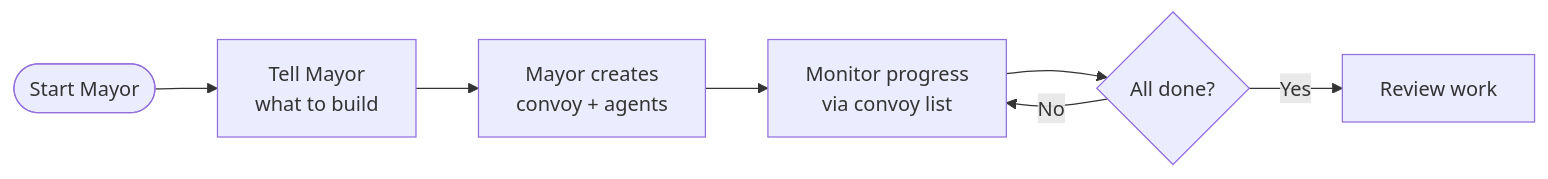
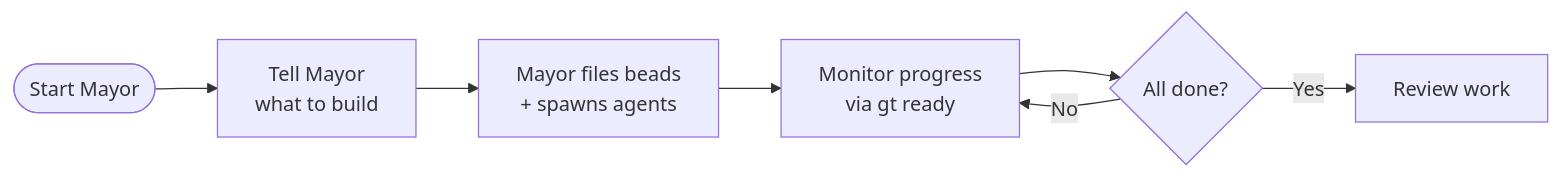
One commit to sloanahrens/gastown changed the third of 4 diagrams in README.md. Above: the diagram before and after it, drawn with Mermaid. The commit also changed other lines of this file and 2 other files, not shown here.

First line of the commit message:
docs: sweep the deleted convoy workflow out of README, overview, and reference (gt-t3pjd)

````diff
--- a/README.md
+++ b/README.md
@@ -324,9 +322,9 @@
 ```mermaid
 flowchart LR
     Start([Start Mayor]) --> Tell[Tell Mayor<br/>what to build]
-    Tell --> Creates[Mayor creates<br/>convoy + agents]
-    Creates --> Monitor[Monitor progress<br/>via convoy list]
+    Tell --> Creates[Mayor files beads<br/>+ spawns agents]
+    Creates --> Monitor[Monitor progress<br/>via gt ready]
     Monitor --> Done{All done?}
     Done -->|No| Monitor
     Done -->|Yes| Review[Review work]
 ```
````
